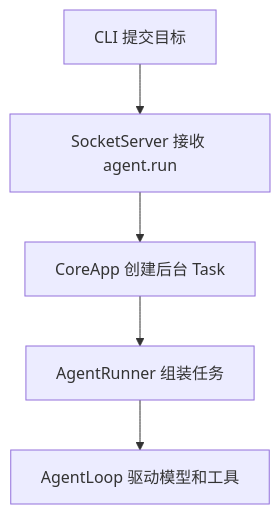
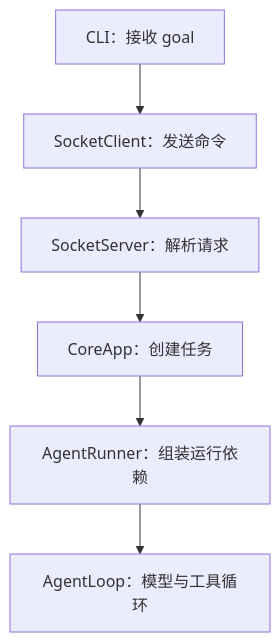
One commit to x-wynter/KamaClaude changed the first of 6 diagrams in doc/STUDY_GUIDE_S2.md. Above: the diagram before and after it, drawn with Mermaid. The commit also changed other lines of this file, not shown here.

Commit message:
docs(s2): expand study guide with architecture and detailed code walkthroughs

````diff
--- a/doc/STUDY_GUIDE_S2.md
+++ b/doc/STUDY_GUIDE_S2.md
@@ -25,7 +71,8 @@
 ```mermaid
 flowchart TD
-    CLI[CLI 提交目标] --> Socket[SocketServer 接收 agent.run]
-    Socket --> Core[CoreApp 创建后台 Task]
-    Core --> Runner[AgentRunner 组装任务]
-    Runner --> Loop[AgentLoop 驱动模型和工具]
+    CLI["CLI：接收 goal"] --> Client["SocketClient：发送命令"]
+    Client --> Server["SocketServer：解析请求"]
+    Server --> Core["CoreApp：创建任务"]
+    Core --> Runner["AgentRunner：组装运行依赖"]
+    Runner --> Loop["AgentLoop：模型与工具循环"]
 ```
````
